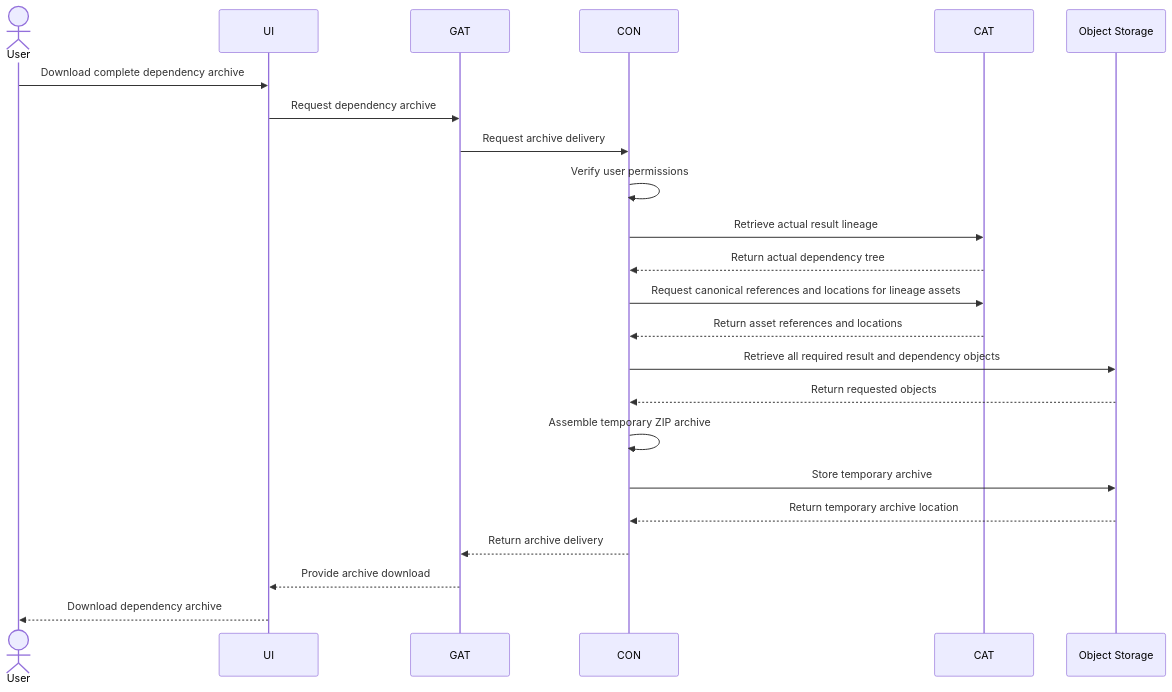
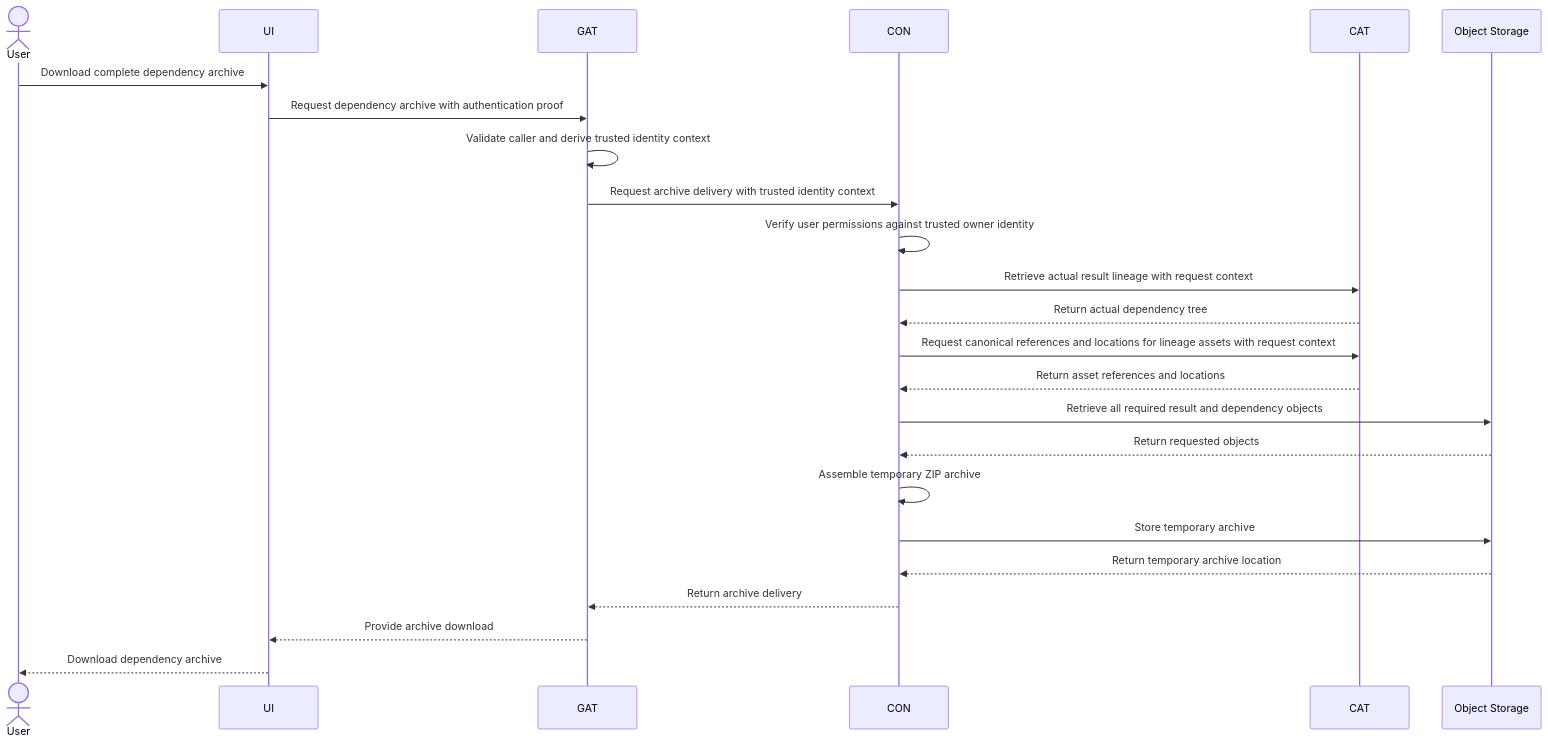
Before and after one commit to arnaudsomville/MEOGAP: the fourth of 4 diagrams in documentation/architecture/sequence_diagrams/retrieve-and-display-result.md, drawn with Mermaid. The commit also changed other lines of this file, not shown here.

Commit message:
docs: integrate ENG-15 identity context in sequences

````diff
--- a/documentation/architecture/sequence_diagrams/retrieve-and-display-result.md
+++ b/documentation/architecture/sequence_diagrams/retrieve-and-display-result.md
@@ -105,26 +108,27 @@
 ```mermaid
 sequenceDiagram
     actor User
     participant UI
     participant GAT
     participant CON
     participant CAT
     participant S3 as Object Storage
 
     User->>UI: Download complete dependency archive
-    UI->>GAT: Request dependency archive
-    GAT->>CON: Request archive delivery
-    CON->>CON: Verify user permissions
-    CON->>CAT: Retrieve actual result lineage
+    UI->>GAT: Request dependency archive with authentication proof
+    GAT->>GAT: Validate caller and derive trusted identity context
+    GAT->>CON: Request archive delivery with trusted identity context
+    CON->>CON: Verify user permissions against trusted owner identity
+    CON->>CAT: Retrieve actual result lineage with request context
     CAT-->>CON: Return actual dependency tree
-    CON->>CAT: Request canonical references and locations for lineage assets
+    CON->>CAT: Request canonical references and locations for lineage assets with request context
     CAT-->>CON: Return asset references and locations
     CON->>S3: Retrieve all required result and dependency objects
     S3-->>CON: Return requested objects
     CON->>CON: Assemble temporary ZIP archive
     CON->>S3: Store temporary archive
     S3-->>CON: Return temporary archive location
     CON-->>GAT: Return archive delivery
     GAT-->>UI: Provide archive download
     UI-->>User: Download dependency archive
 ```
````
